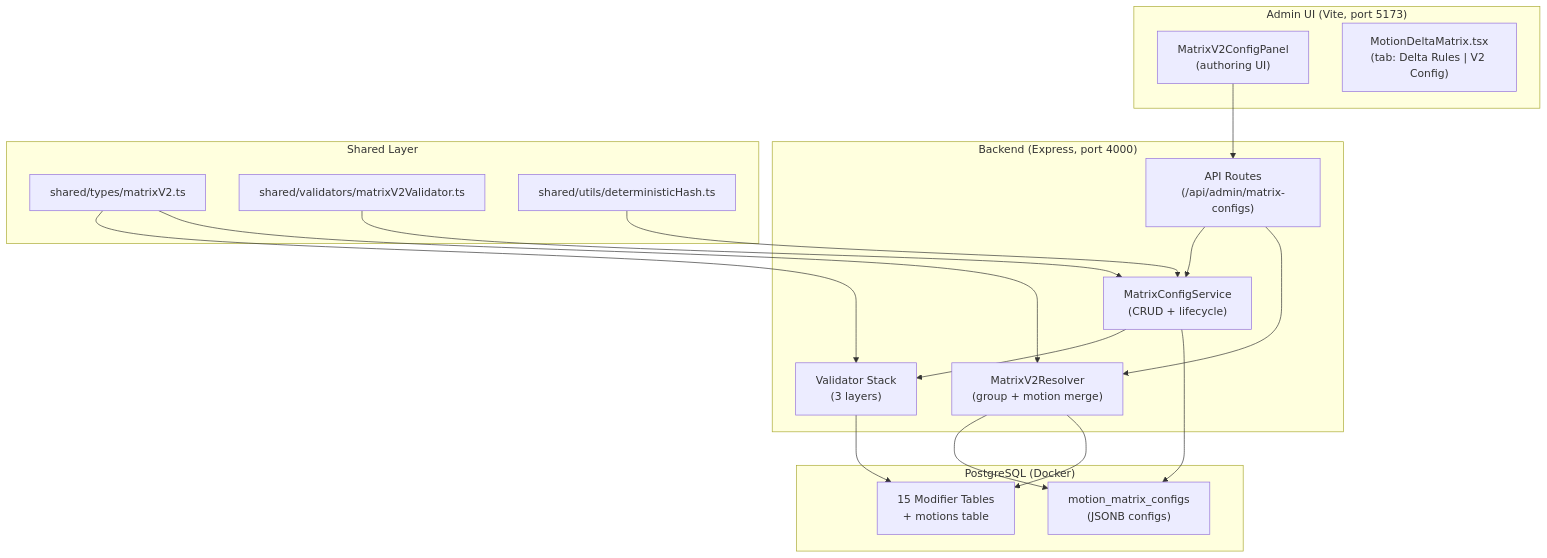
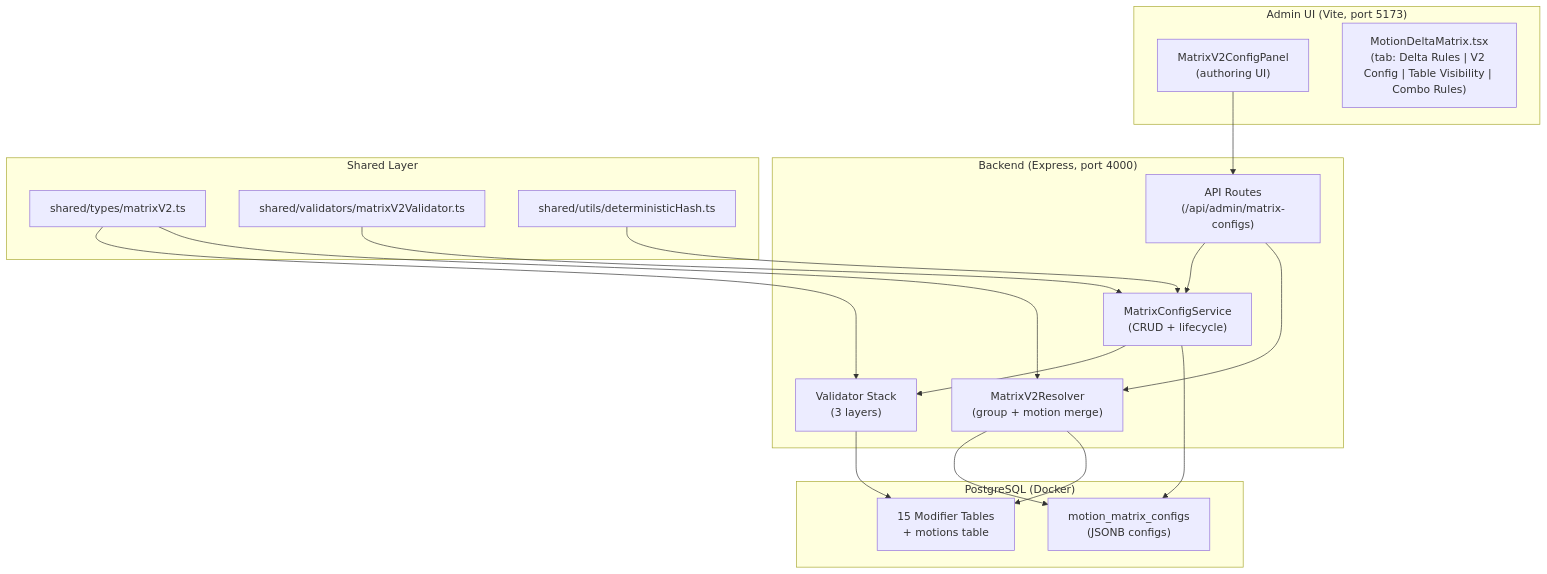
Before and after one commit to lgerard42/fitness-app: the first of 9 diagrams in docs/currentdocs/MATRIX_V2_CONFIG_OVERVIEW.md, drawn with Mermaid. The commit also changed other lines of this file and 30 other files, not shown here.

Commit message:
Added combo_rules + documentation

````diff
--- a/docs/currentdocs/MATRIX_V2_CONFIG_OVERVIEW.md
+++ b/docs/currentdocs/MATRIX_V2_CONFIG_OVERVIEW.md
@@ -85,38 +85,38 @@
 ```mermaid
 graph TB
     subgraph storage ["PostgreSQL (Docker)"]
         MMC["motion_matrix_configs\n(JSONB configs)"]
         RefTables["15 Modifier Tables\n+ motions table"]
     end
 
     subgraph backend ["Backend (Express, port 4000)"]
         Service["MatrixConfigService\n(CRUD + lifecycle)"]
         Validator["Validator Stack\n(3 layers)"]
         Resolver["MatrixV2Resolver\n(group + motion merge)"]
         Routes["API Routes\n(/api/admin/matrix-configs)"]
     end
 
     subgraph admin ["Admin UI (Vite, port 5173)"]
         Panel["MatrixV2ConfigPanel\n(authoring UI)"]
-        TabSwitch["MotionDeltaMatrix.tsx\n(tab: Delta Rules | V2 Config)"]
+        TabSwitch["MotionDeltaMatrix.tsx\n(tab: Delta Rules | V2 Config | Table Visibility | Combo Rules)"]
     end
 
     subgraph shared ["Shared Layer"]
         Types["shared/types/matrixV2.ts"]
         Schemas["shared/validators/matrixV2Validator.ts"]
         Hash["shared/utils/deterministicHash.ts"]
     end
 
     Panel --> Routes
     Routes --> Service
     Routes --> Resolver
     Service --> Validator
     Service --> MMC
     Validator --> RefTables
     Resolver --> MMC
     Resolver --> RefTables
     Types --> Validator
     Types --> Resolver
     Schemas --> Service
     Hash --> Service
 ```
````
